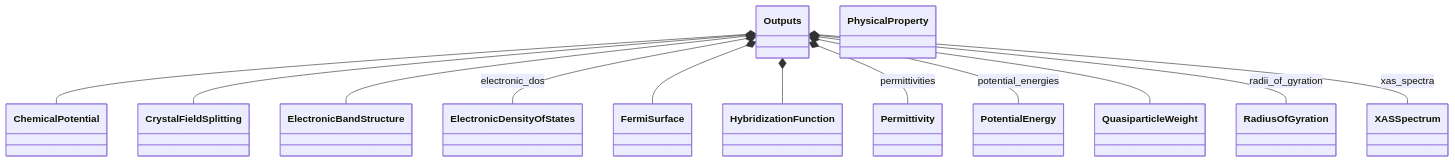
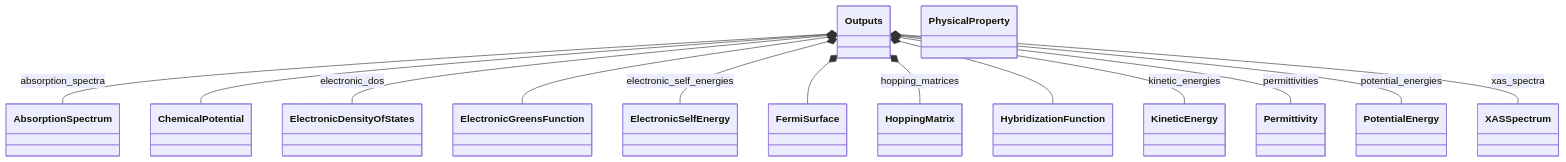
One commit to FAIRmat-NFDI/nomad-simulations changed the second of 2 diagrams in docs/schema/outputs.diagram.md. Above: the diagram before and after it, drawn with Mermaid. The commit also changed 11 other files, not shown here.

First line of the commit message:
Phonon schema updates (#395)

````diff
--- a/docs/schema/outputs.diagram.md
+++ b/docs/schema/outputs.diagram.md
@@ -68,40 +68,43 @@
 ```mermaid
 classDiagram
+    class AbsorptionSpectrum {
+    }
     class ChemicalPotential {
-    }
-    class CrystalFieldSplitting {
-    }
-    class ElectronicBandStructure {
     }
     class ElectronicDensityOfStates {
     }
+    class ElectronicGreensFunction {
+    }
+    class ElectronicSelfEnergy {
+    }
     class FermiSurface {
     }
+    class HoppingMatrix {
+    }
     class HybridizationFunction {
+    }
+    class KineticEnergy {
     }
     class Outputs {
     }
     class Permittivity {
     }
     class PhysicalProperty {
     }
     class PotentialEnergy {
     }
-    class QuasiparticleWeight {
-    }
-    class RadiusOfGyration {
-    }
     class XASSpectrum {
     }
+    Outputs *-- AbsorptionSpectrum : absorption_spectra
     Outputs *-- ChemicalPotential
-    Outputs *-- CrystalFieldSplitting
-    Outputs *-- ElectronicBandStructure
     Outputs *-- ElectronicDensityOfStates : electronic_dos
+    Outputs *-- ElectronicGreensFunction
+    Outputs *-- ElectronicSelfEnergy : electronic_self_energies
     Outputs *-- FermiSurface
+    Outputs *-- HoppingMatrix : hopping_matrices
     Outputs *-- HybridizationFunction
+    Outputs *-- KineticEnergy : kinetic_energies
     Outputs *-- Permittivity : permittivities
     Outputs *-- PotentialEnergy : potential_energies
-    Outputs *-- QuasiparticleWeight
-    Outputs *-- RadiusOfGyration : radii_of_gyration
     Outputs *-- XASSpectrum : xas_spectra
 ```
````
